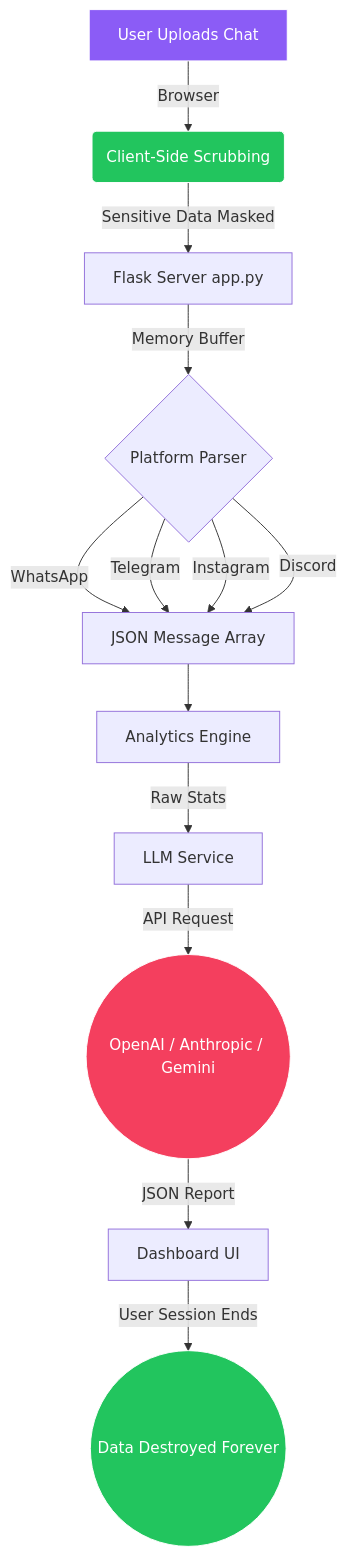
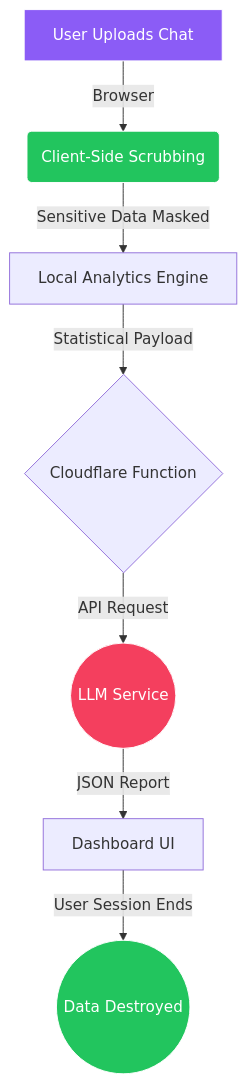
One commit to rixabhh/TheAlgorithm changed the diagram in README.md. Above: the diagram before and after it, drawn with Mermaid. The commit also changed other lines of this file and 2 other files, not shown here.

Commit message:
feat: finalize migration to Cloudflare Pages and update README live link

````diff
--- a/README.md
+++ b/README.md
@@ -96,23 +79,17 @@
 ```mermaid
 graph TD
     A[User Uploads Chat] -->|Browser| B(Client-Side Scrubbing);
-    B -->|Sensitive Data Masked| C[Flask Server app.py];
-    C -->|Memory Buffer| D{Platform Parser};
-    D -->|WhatsApp| E[JSON Message Array];
-    D -->|Telegram| E;
-    D -->|Instagram| E;
-    D -->|Discord| E;
-    E --> F[Analytics Engine];
-    F -->|Raw Stats| G[LLM Service];
-    G -->|API Request| H((OpenAI / Anthropic / Gemini));
-    H -->|JSON Report| I[Dashboard UI];
-    I -->|User Session Ends| J((Data Destroyed Forever));
+    B -->|Sensitive Data Masked| C[Local Analytics Engine];
+    C -->|Statistical Payload| D{Cloudflare Function};
+    D -->|API Request| E((LLM Service));
+    E -->|JSON Report| F[Dashboard UI];
+    F -->|User Session Ends| G((Data Destroyed));
     
     classDef user fill:#8b5cf6,stroke:#fff,color:#fff
     classDef secure fill:#22c55e,stroke:#fff,color:#fff
     classDef danger fill:#f43f5e,stroke:#fff,color:#fff
     
     class A user;
-    class B,J secure;
-    class H danger;
+    class B,G secure;
+    class E danger;
 ```
````
